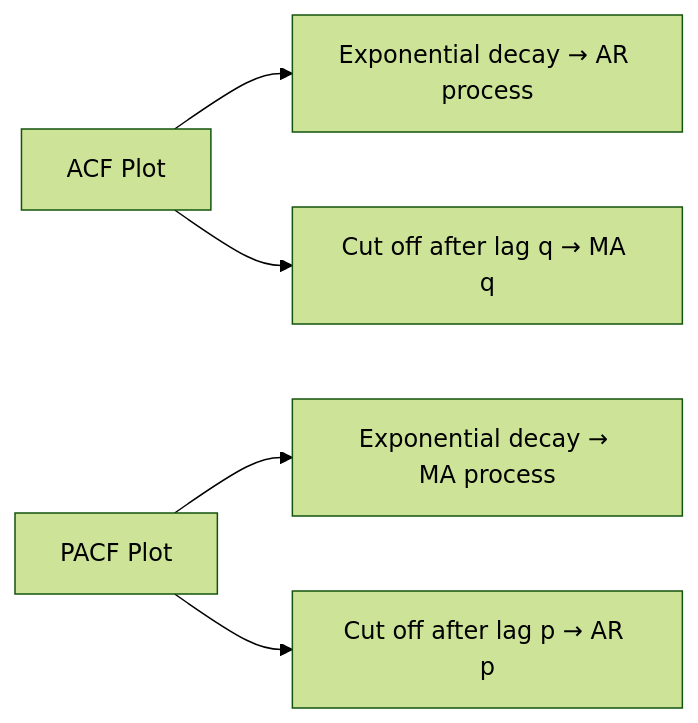
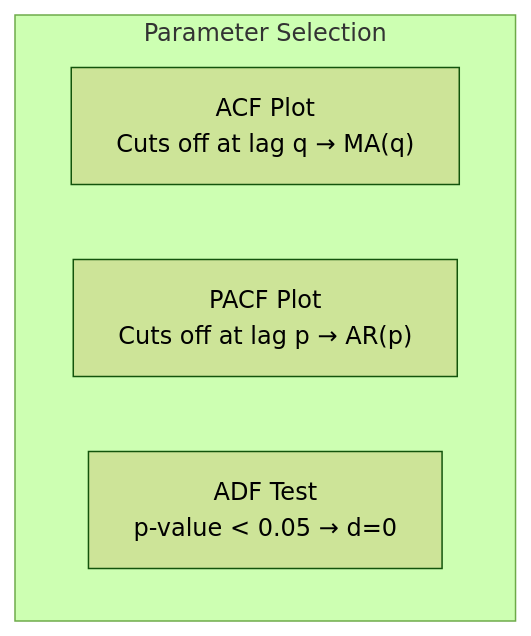
The second of 3 diagrams in src/ml/time-series/arima.md (vanos001/placement_prep), drawn with Mermaid (forest theme) before and after one commit. The commit also changed other lines of this file and 14 other files, not shown here.

````diff
--- a/src/ml/time-series/arima.md
+++ b/src/ml/time-series/arima.md
@@ -74,7 +72,8 @@
 ```mermaid
-graph LR
-    A[ACF Plot] --> B[Exponential decay → AR process]
-    A --> C[Cut off after lag q → MA q]
-    D[PACF Plot] --> E[Exponential decay → MA process]
-    D --> F[Cut off after lag p → AR p]
+graph TB
+    subgraph "Parameter Selection"
+        ACF["ACF Plot<br/>Cuts off at lag q → MA(q)"]
+        PACF["PACF Plot<br/>Cuts off at lag p → AR(p)"]
+        ADF["ADF Test<br/>p-value < 0.05 → d=0"]
+    end
 ```
````
